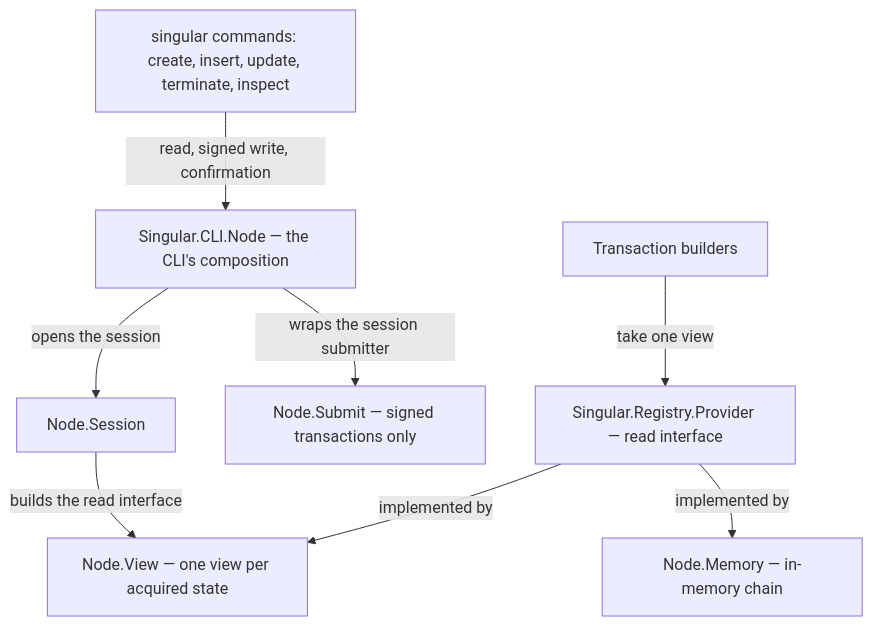
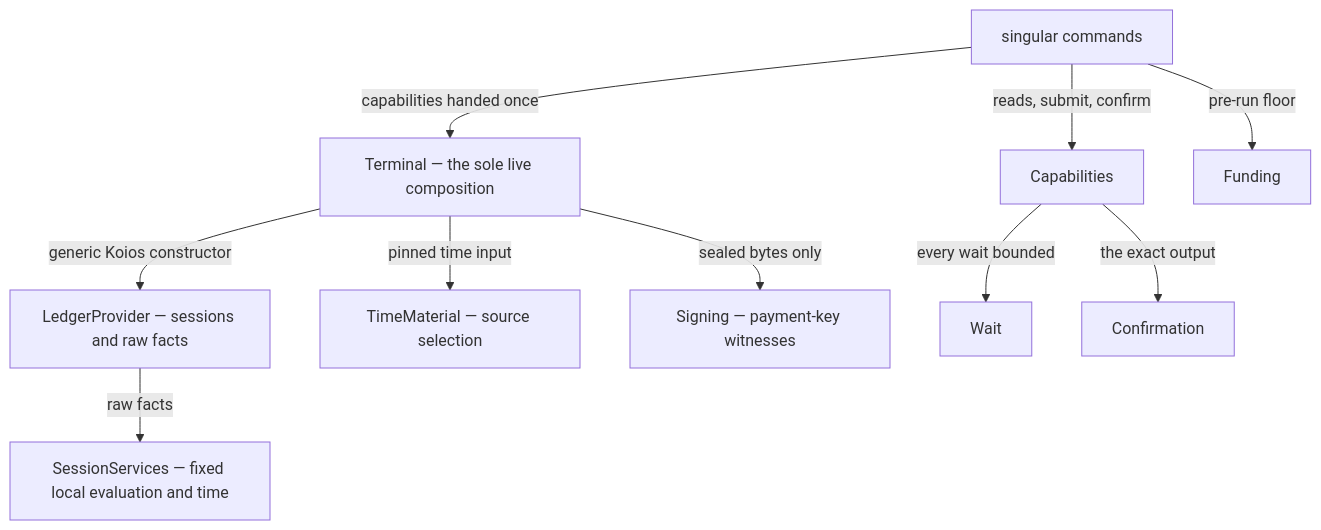
The diagram in docs/offchain-node-ownership.md (lambdasistemi/singular), drawn with Mermaid before and after one commit. The commit also changed other lines of this file and 160 other files, not shown here.

````diff
--- a/docs/offchain-node-ownership.md
+++ b/docs/offchain-node-ownership.md
@@ -82,10 +32,12 @@
 ```mermaid
 flowchart TD
-    CMD[singular commands: create, insert, update, terminate, inspect] -->|read, signed write, confirmation| COMP[Singular.CLI.Node — the CLI's composition]
-    COMP -->|opens the session| S[Node.Session]
-    COMP -->|wraps the session submitter| SU[Node.Submit — signed transactions only]
-    S -->|builds the read interface| V[Node.View — one view per acquired state]
-    P[Singular.Registry.Provider — read interface] -->|implemented by| V
-    P -->|implemented by| M[Node.Memory — in-memory chain]
-    B[Transaction builders] -->|take one view| P
+    CMD[singular commands] -->|capabilities handed once| T[Terminal — the sole live composition]
+    T -->|generic Koios constructor| P[LedgerProvider — sessions and raw facts]
+    T -->|pinned time input| TM[TimeMaterial — source selection]
+    P -->|raw facts| SV[SessionServices — fixed local evaluation and time]
+    T -->|sealed bytes only| SG[Signing — payment-key witnesses]
+    CMD -->|reads, submit, confirm| C[Capabilities]
+    C -->|every wait bounded| W[Wait]
+    C -->|the exact output| CF[Confirmation]
+    CMD -->|pre-run floor| F[Funding]
 ```
````
